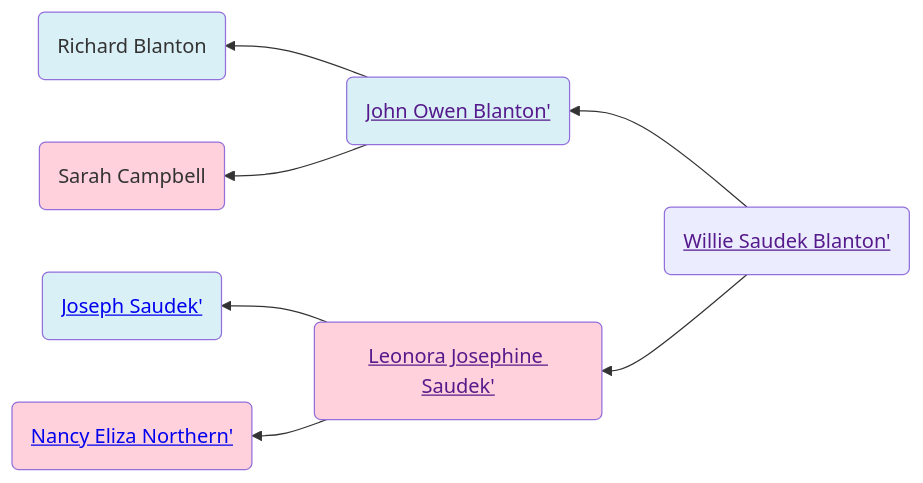
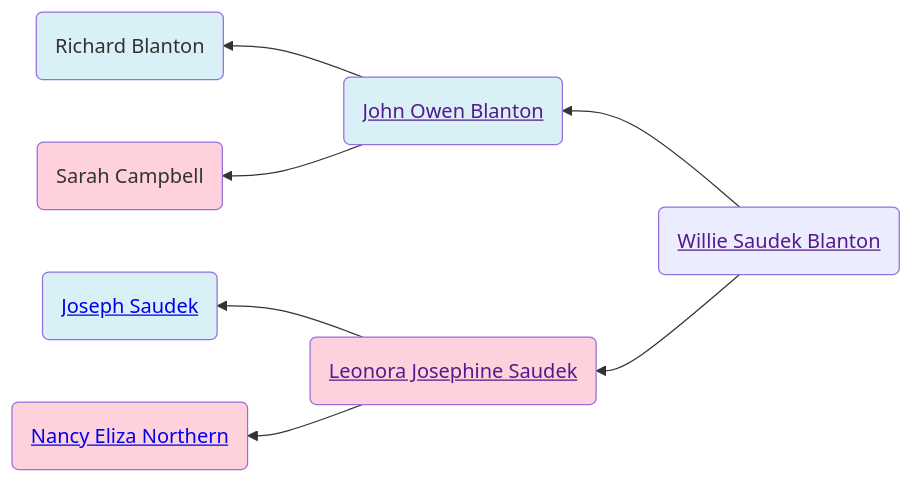
One commit to neelsmith/avocational changed the first of 2 diagrams in familyhistory/sources/people/Neel-line/Blanton-line/Willie_Saudek_Blanton.qmd. Above: the diagram before and after it, drawn with Mermaid. The commit also changed other lines of this file and 96 other files, not shown here.

````diff
--- a/familyhistory/sources/people/Neel-line/Blanton-line/Willie_Saudek_Blanton.qmd
+++ b/familyhistory/sources/people/Neel-line/Blanton-line/Willie_Saudek_Blanton.qmd
@@ -28,20 +28,20 @@
 ```{mermaid}
 graph RL
 %% RL ancestor diagram
-Willie_Saudek_Blanton(<a href=''>Willie Saudek Blanton'</>) -->  John_Owen_Blanton(<a href='./John_Owen_Blanton.html'>John Owen Blanton'</>)
-John_Owen_Blanton(<a href=''>John Owen Blanton'</>) -->  Richard_Blanton(Richard Blanton)
+Willie_Saudek_Blanton(<a href=''>Willie Saudek Blanton</a>) -->  John_Owen_Blanton(<a href='./John_Owen_Blanton.html'>John Owen Blanton</a>)
+John_Owen_Blanton(<a href=''>John Owen Blanton</a>) -->  Richard_Blanton(Richard Blanton)
 class Richard_Blanton father
-John_Owen_Blanton(<a href=''>John Owen Blanton'</>)  --> Sarah_Campbell(Sarah Campbell)
+John_Owen_Blanton(<a href=''>John Owen Blanton</a>)  --> Sarah_Campbell(Sarah Campbell)
 class Sarah_Campbell mother
 class John_Owen_Blanton father
-Willie_Saudek_Blanton(<a href=''>Willie Saudek Blanton'</>)  --> Leonora_Josephine_Saudek(<a href='./Saudek-line/Leonora_Josephine_Saudek.html'>Leonora Josephine Saudek'</>)
-Leonora_Josephine_Saudek(<a href=''>Leonora Josephine Saudek'</>) -->  Joseph_Saudek(<a href='./Joseph_Saudek.html'>Joseph Saudek'</>)
+Willie_Saudek_Blanton(<a href=''>Willie Saudek Blanton</a>)  --> Leonora_Josephine_Saudek(<a href='./Saudek-line/Leonora_Josephine_Saudek.html'>Leonora Josephine Saudek</a>)
+Leonora_Josephine_Saudek(<a href=''>Leonora Josephine Saudek</a>) -->  Joseph_Saudek(<a href='./Joseph_Saudek.html'>Joseph Saudek</a>)
 class Joseph_Saudek father
-Leonora_Josephine_Saudek(<a href=''>Leonora Josephine Saudek'</>)  --> Nancy_Eliza_Northern(<a href='./Northern-line/Nancy_Eliza_Northern.html'>Nancy Eliza Northern'</>)
+Leonora_Josephine_Saudek(<a href=''>Leonora Josephine Saudek</a>)  --> Nancy_Eliza_Northern(<a href='./Northern-line/Nancy_Eliza_Northern.html'>Nancy Eliza Northern</a>)
 class Nancy_Eliza_Northern mother
 class Leonora_Josephine_Saudek mother
 classDef mother fill:#ffd1dc
 classDef father fill:#daf0f7  
 classDef marriage fill:#ffffff
 
 ```
````
